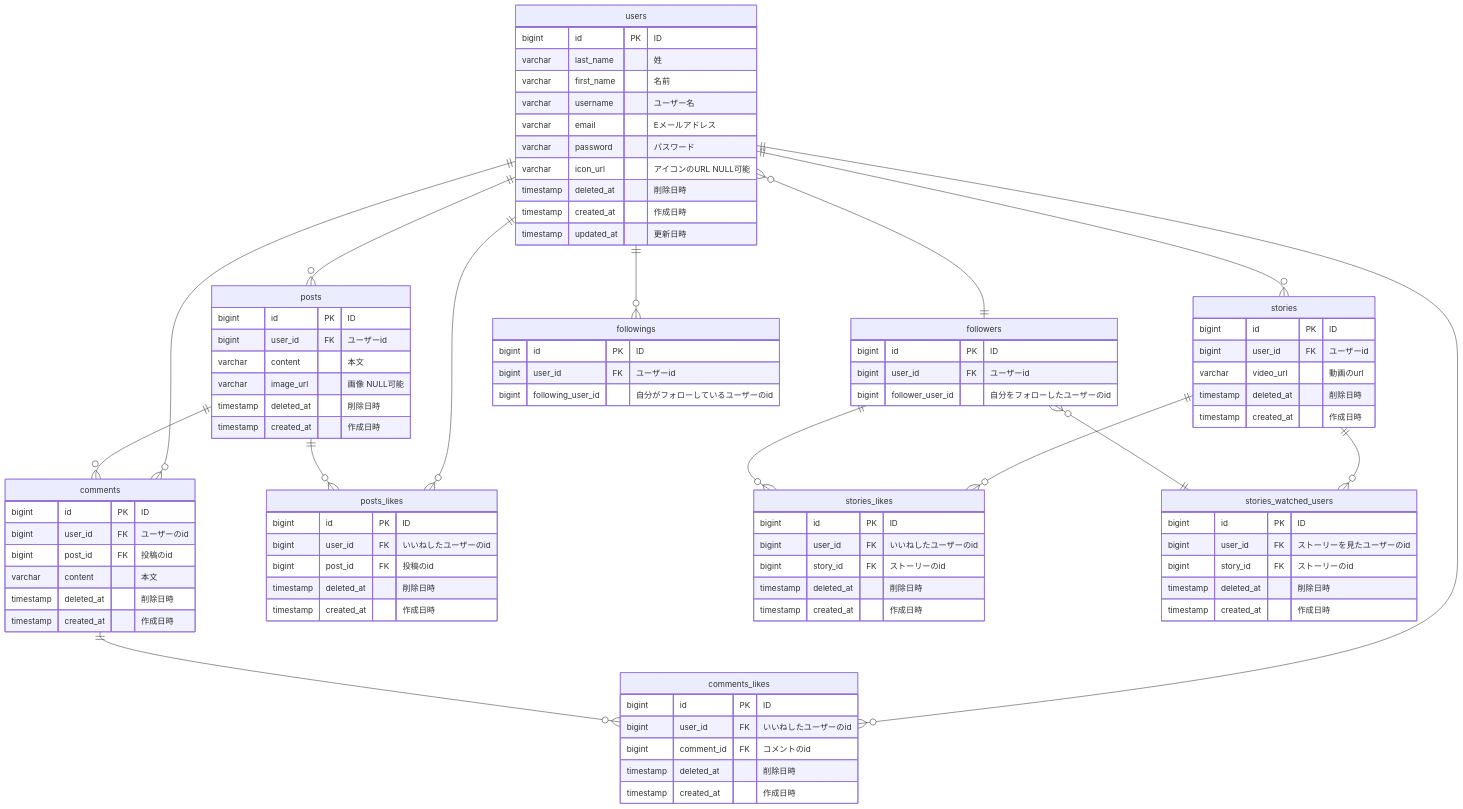
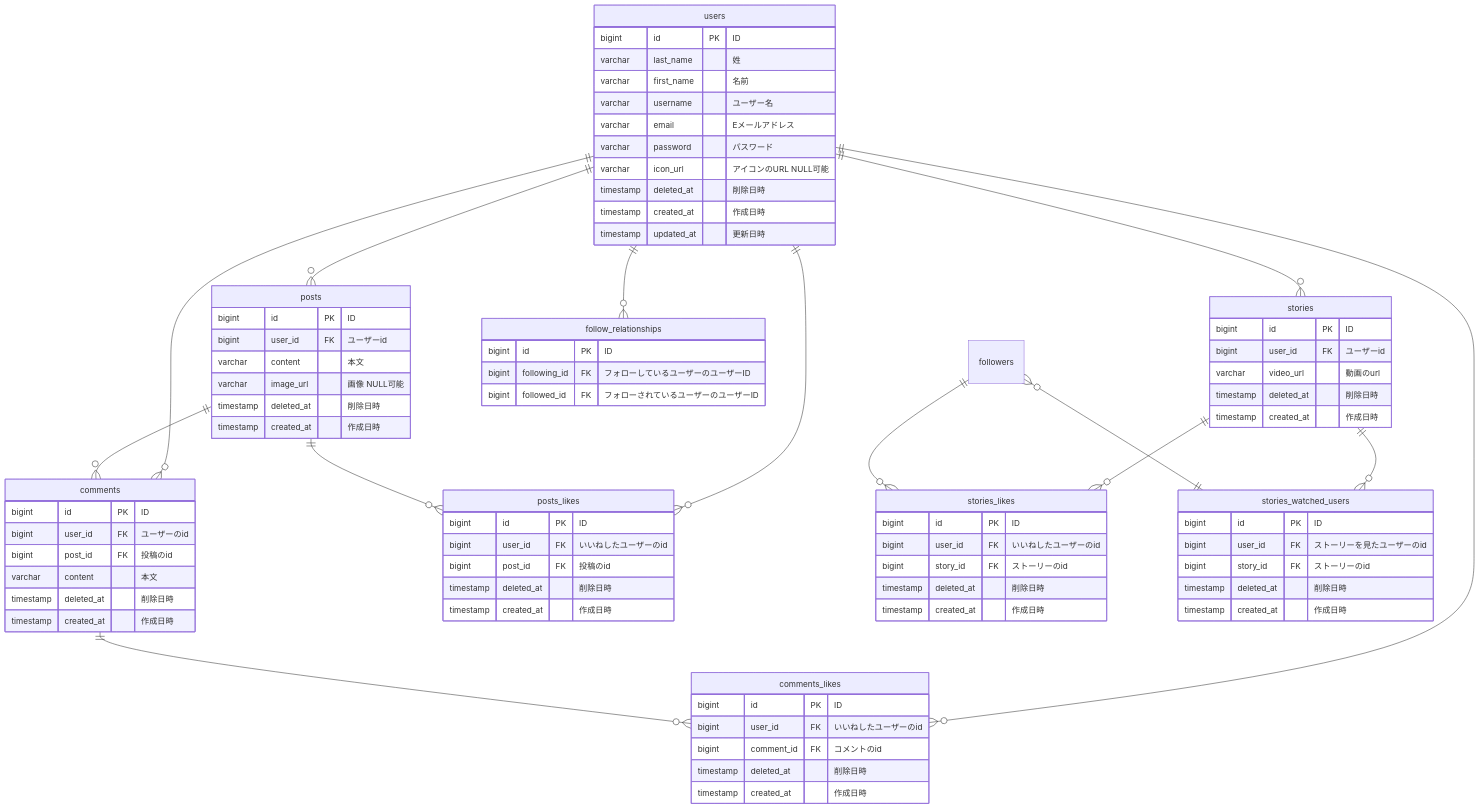
The diagram in kinoshita/pracitce-erd/ER図.md (StoryEdutech/study_repo), drawn with Mermaid before and after one commit.

Commit message:
follow_relationshipsエンティティ作成

```diff
--- a/kinoshita/pracitce-erd/ER図.md
+++ b/kinoshita/pracitce-erd/ER図.md
@@ -2,8 +2,7 @@
 erDiagram
     users ||--o{ posts : ""
     users ||--o{ stories : ""
-    users }o--|| followers : ""
-    users ||--o{ followings : ""
+    users ||--o{ follow_relationships : ""
     users ||--o{ comments : ""
     users ||--o{ posts_likes : ""
     users ||--o{ comments_likes : ""
@@ -32,16 +31,10 @@
       timestamp updated_at "更新日時"
     }
 
-    followers {
+    follow_relationships {
       bigint id PK "ID"
-      bigint user_id FK "ユーザーid"
-      bigint follower_user_id "自分をフォローしたユーザーのid"
-    }
-
-    followings {
-      bigint id PK "ID"
-      bigint user_id FK "ユーザーid"
-      bigint following_user_id "自分がフォローしているユーザーのid"
+      bigint following_id FK "フォローしているユーザーのユーザーID"
+      bigint followed_id FK "フォローされているユーザーのユーザーID"
     }
 
     posts {
```
